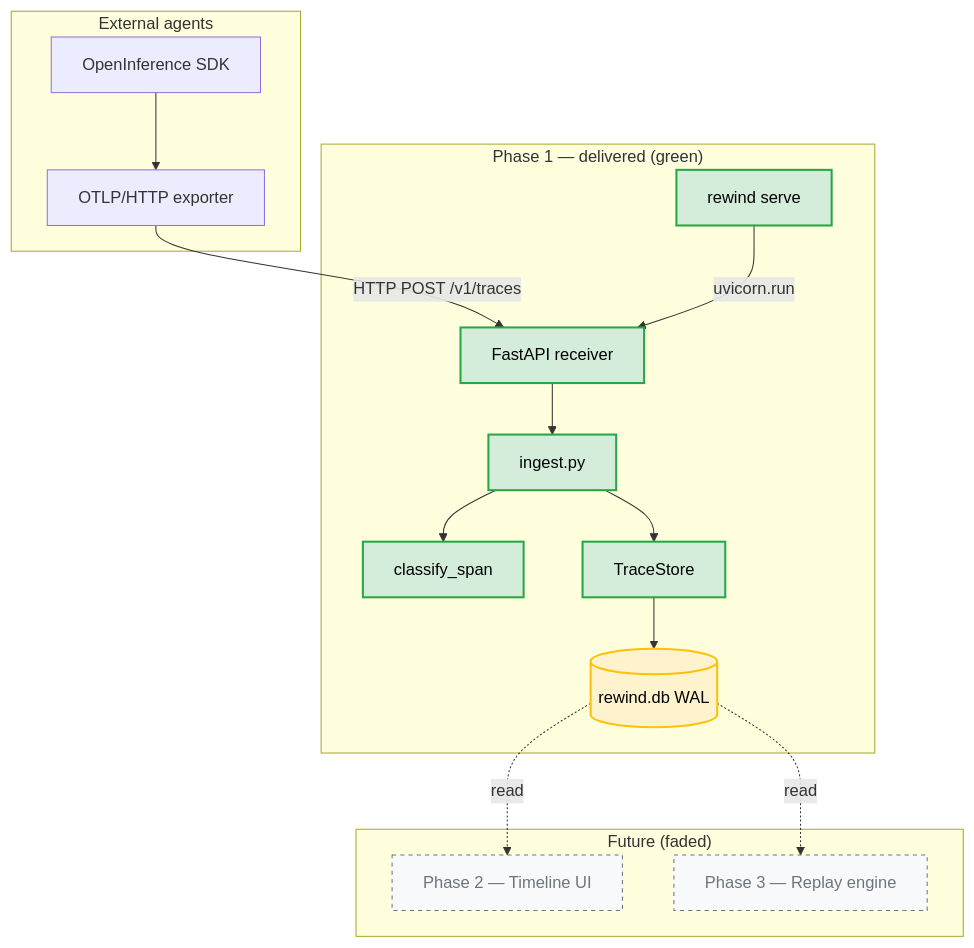
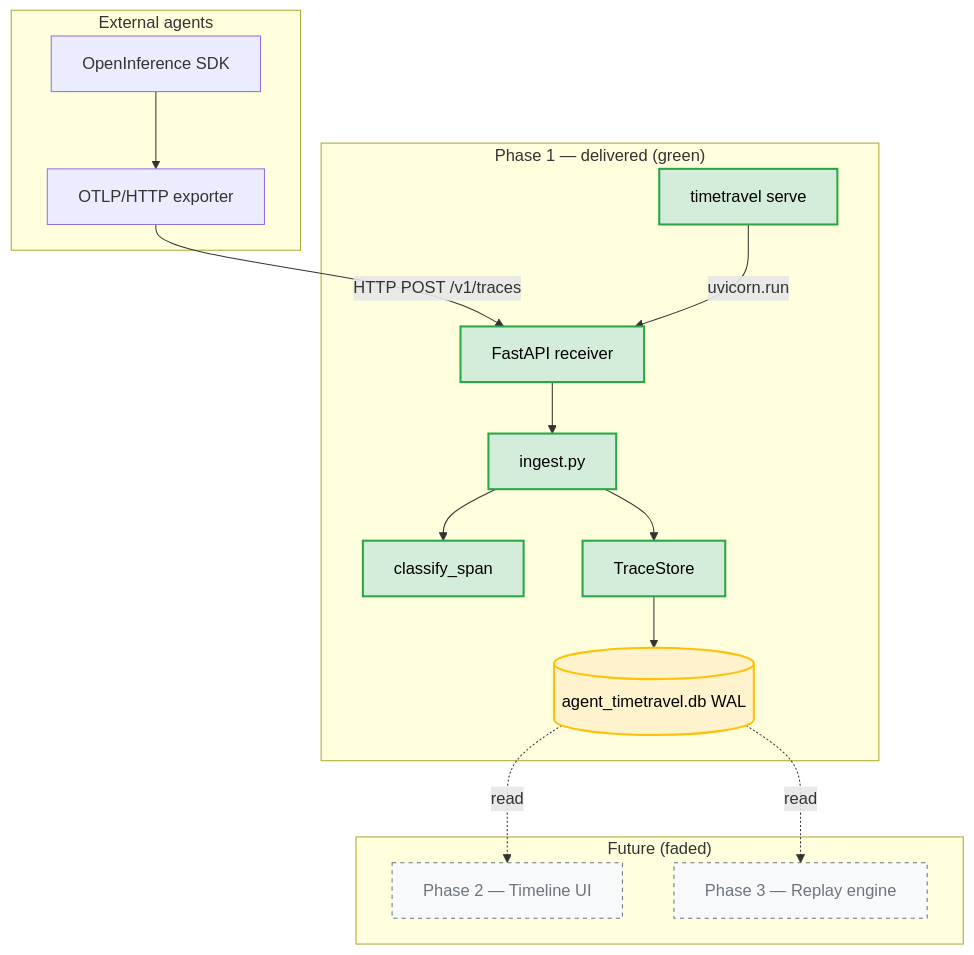
One commit to akshay-mp/Rewind changed the first of 3 diagrams in docs/phases/phase-1.md. Above: the diagram before and after it, drawn with Mermaid. The commit also changed other lines of this file and 244 other files, not shown here.

First line of the commit message:
Rebrand to agent-timetravel

````diff
--- a/docs/phases/phase-1.md
+++ b/docs/phases/phase-1.md
@@ -94,34 +94,34 @@
 ```mermaid
 flowchart TB
     subgraph P1Delivered["Phase 1 — delivered (green)"]
-        CLI["rewind serve"]
+        CLI["timetravel serve"]
         Receiver["FastAPI receiver"]
         Ingest["ingest.py"]
         Classify["classify_span"]
         Store["TraceStore"]
-        DB[("rewind.db WAL")]
+        DB[("agent_timetravel.db WAL")]
     end
     subgraph P1Future["Future (faded)"]
         TimelineUI["Phase 2 — Timeline UI"]
         Engine["Phase 3 — Replay engine"]
     end
     subgraph P1External["External agents"]
         AgentSDK["OpenInference SDK"]
         OTLP["OTLP/HTTP exporter"]
     end
     AgentSDK --> OTLP
     OTLP -->|HTTP POST /v1/traces| Receiver
     CLI -->|uvicorn.run| Receiver
     Receiver --> Ingest
     Ingest --> Classify
     Ingest --> Store
     Store --> DB
     DB -.read.-> TimelineUI
     DB -.read.-> Engine
     classDef delivered fill:#d4edda,stroke:#28a745,stroke-width:2px,color:#000
     classDef future fill:#f8f9fa,stroke:#6c757d,stroke-dasharray:4 4,color:#6c757d
     classDef db fill:#fff3cd,stroke:#ffc107,stroke-width:2px,color:#000
     class CLI,Receiver,Ingest,Classify,Store delivered
     class DB db
     class TimelineUI,Engine future
 ```
````
